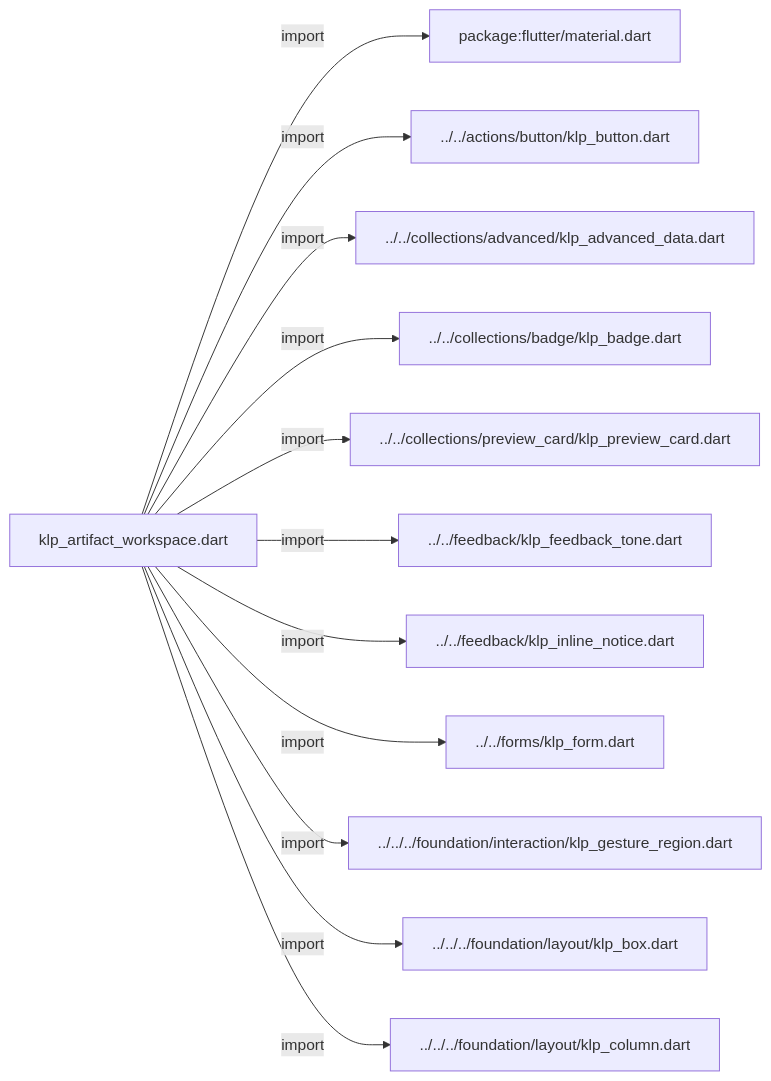
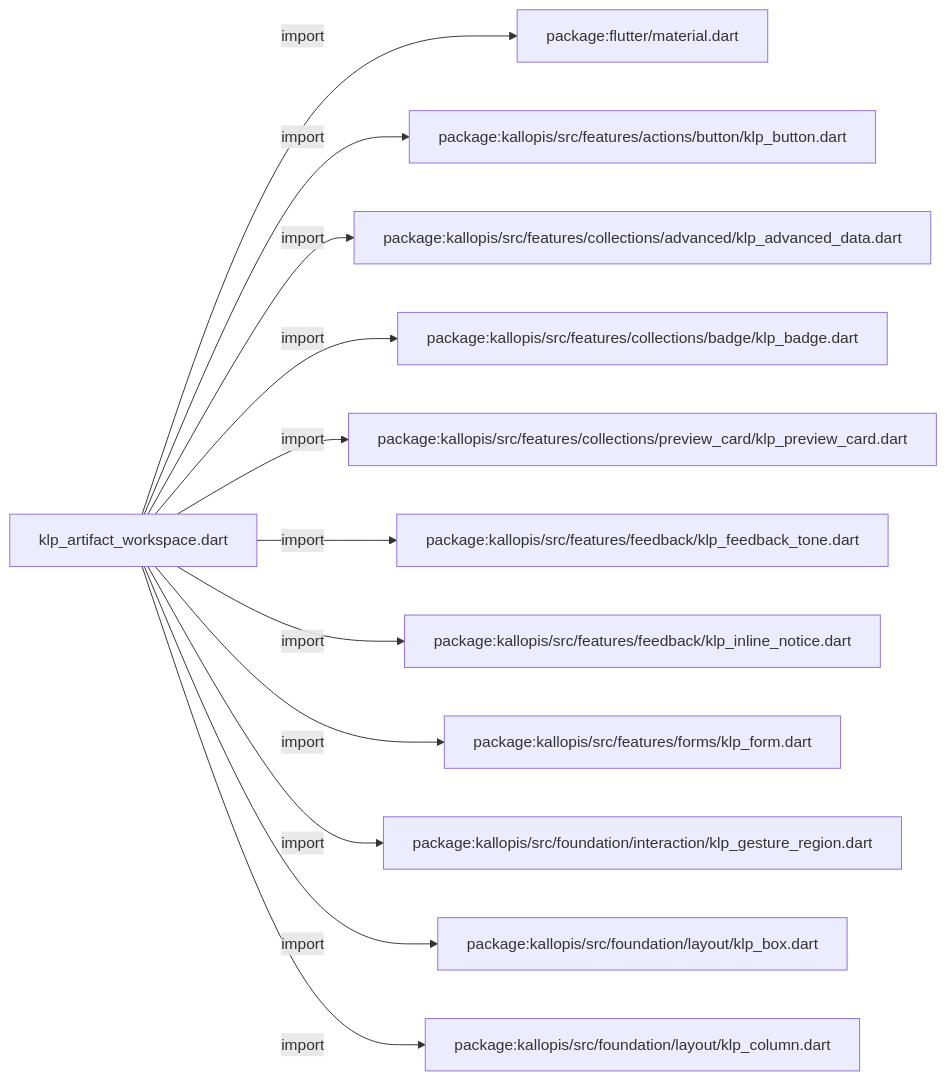
Before and after one commit to MiuDog/Kallopis: the first of 4 diagrams in docs/architecture/src/features/workspace/artifact/klp_artifact_workspace.md, drawn with Mermaid. The commit also changed other lines of this file and 9688 other files, not shown here.

Commit message:
Prepare isolated Flow F2 peer baseline

````diff
--- a/docs/architecture/src/features/workspace/artifact/klp_artifact_workspace.md
+++ b/docs/architecture/src/features/workspace/artifact/klp_artifact_workspace.md
@@ -11,26 +11,26 @@
 ```mermaid
 flowchart LR
 	n0["klp_artifact_workspace.dart"]
 	n1["package:flutter/material.dart"]
-	n2["../../actions/button/klp_button.dart"]
-	n3["../../collections/advanced/klp_advanced_data.dart"]
-	n4["../../collections/badge/klp_badge.dart"]
-	n5["../../collections/preview_card/klp_preview_card.dart"]
-	n6["../../feedback/klp_feedback_tone.dart"]
-	n7["../../feedback/klp_inline_notice.dart"]
-	n8["../../forms/klp_form.dart"]
-	n9["../../../foundation/interaction/klp_gesture_region.dart"]
-	n10["../../../foundation/layout/klp_box.dart"]
-	n11["../../../foundation/layout/klp_column.dart"]
+	n2["package:kallopis/src/features/actions/button/klp_button.dart"]
+	n3["package:kallopis/src/features/collections/advanced/klp_advanced_data.dart"]
+	n4["package:kallopis/src/features/collections/badge/klp_badge.dart"]
+	n5["package:kallopis/src/features/collections/preview_card/klp_preview_card.dart"]
+	n6["package:kallopis/src/features/feedback/klp_feedback_tone.dart"]
+	n7["package:kallopis/src/features/feedback/klp_inline_notice.dart"]
+	n8["package:kallopis/src/features/forms/klp_form.dart"]
+	n9["package:kallopis/src/foundation/interaction/klp_gesture_region.dart"]
+	n10["package:kallopis/src/foundation/layout/klp_box.dart"]
+	n11["package:kallopis/src/foundation/layout/klp_column.dart"]
 	n0 -->|"import"| n1
 	n0 -->|"import"| n2
 	n0 -->|"import"| n3
 	n0 -->|"import"| n4
 	n0 -->|"import"| n5
 	n0 -->|"import"| n6
 	n0 -->|"import"| n7
 	n0 -->|"import"| n8
 	n0 -->|"import"| n9
 	n0 -->|"import"| n10
 	n0 -->|"import"| n11
 ```
````
